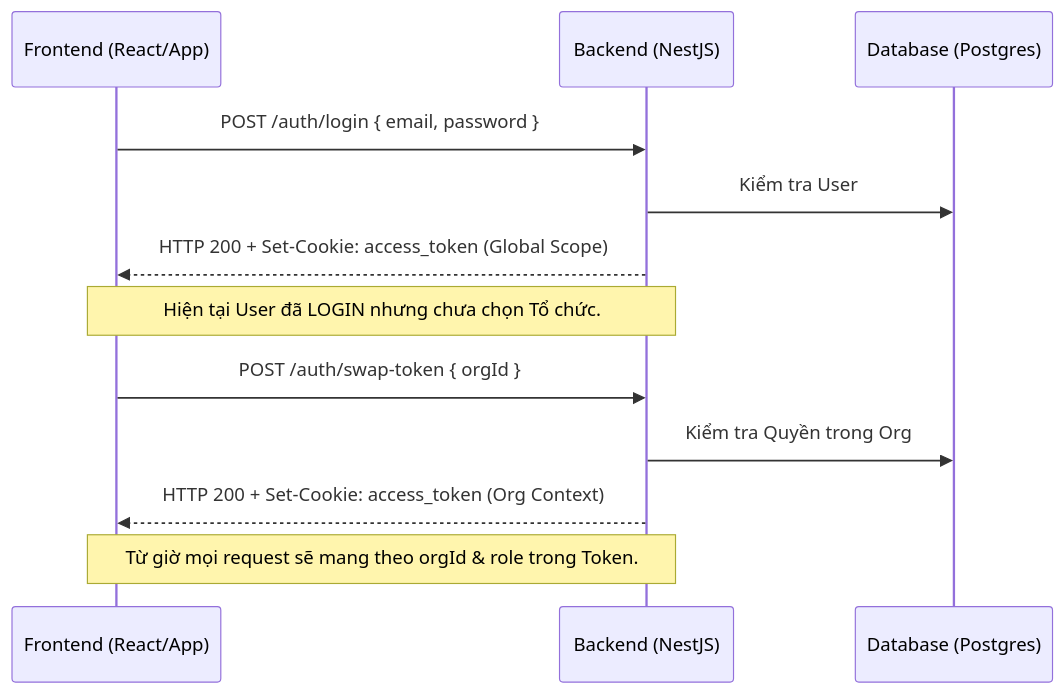
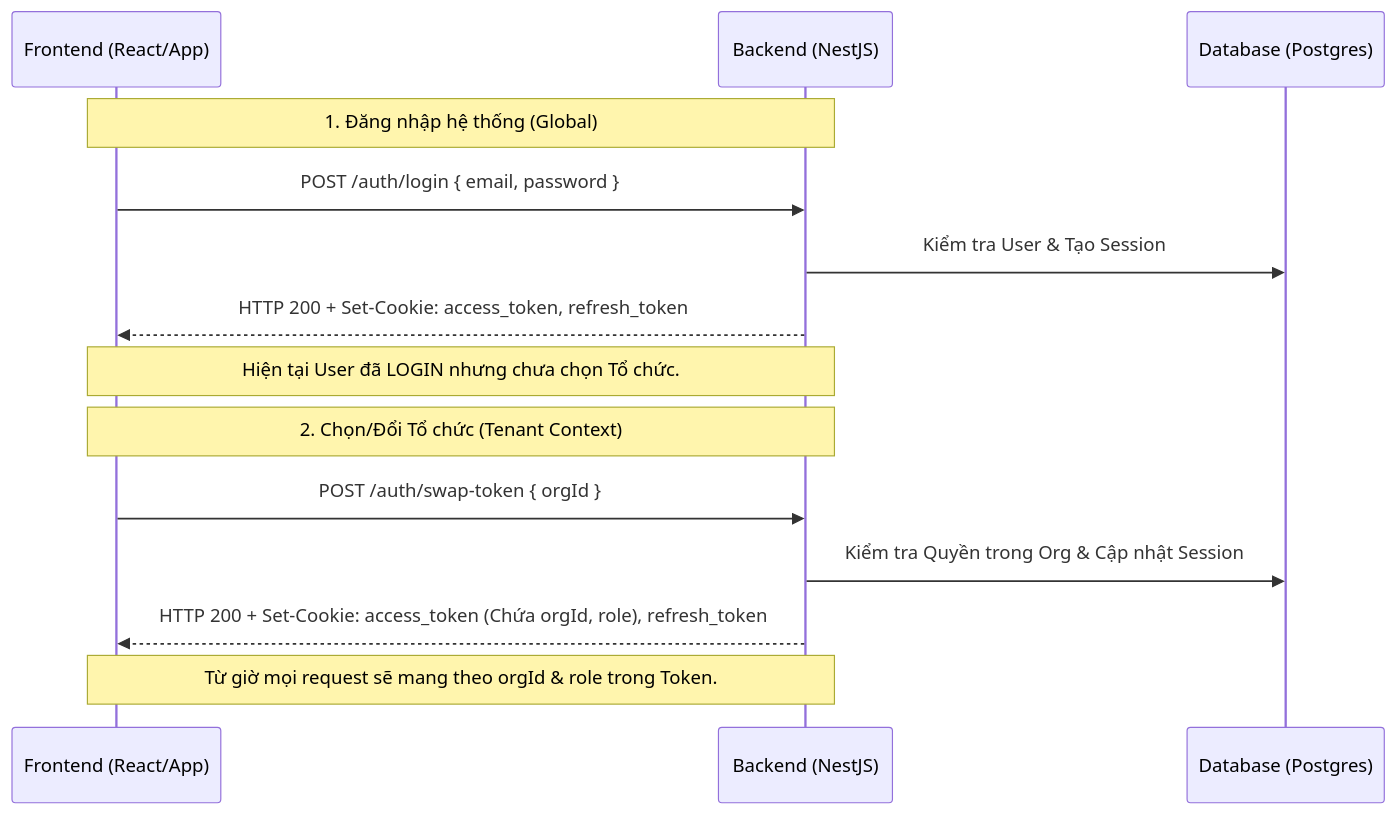
Before and after one commit to hydragon2m/Home-Backend: the first of 2 diagrams in FUNCTIONAL_FLOW.md, drawn with Mermaid. The commit also changed other lines of this file and 16 other files, not shown here.

Commit message:
feat: implement core backend architecture with auth modules, response interceptors, and organization management services

````diff
--- a/FUNCTIONAL_FLOW.md
+++ b/FUNCTIONAL_FLOW.md
@@ -15,18 +50,20 @@
 ```mermaid
 sequenceDiagram
     participant FE as Frontend (React/App)
     participant BE as Backend (NestJS)
     participant DB as Database (Postgres)
 
+    Note over FE, BE: 1. Đăng nhập hệ thống (Global)
     FE->>BE: POST /auth/login { email, password }
-    BE->>DB: Kiểm tra User
-    BE-->>FE: HTTP 200 + Set-Cookie: access_token (Global Scope)
+    BE->>DB: Kiểm tra User & Tạo Session
+    BE-->>FE: HTTP 200 + Set-Cookie: access_token, refresh_token
     
     Note over FE, BE: Hiện tại User đã LOGIN nhưng chưa chọn Tổ chức.
     
+    Note over FE, BE: 2. Chọn/Đổi Tổ chức (Tenant Context)
     FE->>BE: POST /auth/swap-token { orgId }
-    BE->>DB: Kiểm tra Quyền trong Org
-BE-->>FE: HTTP 200 + Set-Cookie: access_token (Org Context)
+    BE->>DB: Kiểm tra Quyền trong Org & Cập nhật Session
+    BE-->>FE: HTTP 200 + Set-Cookie: access_token (Chứa orgId, role), refresh_token
     
     Note over FE, BE: Từ giờ mọi request sẽ mang theo orgId & role trong Token.
 ```
````
